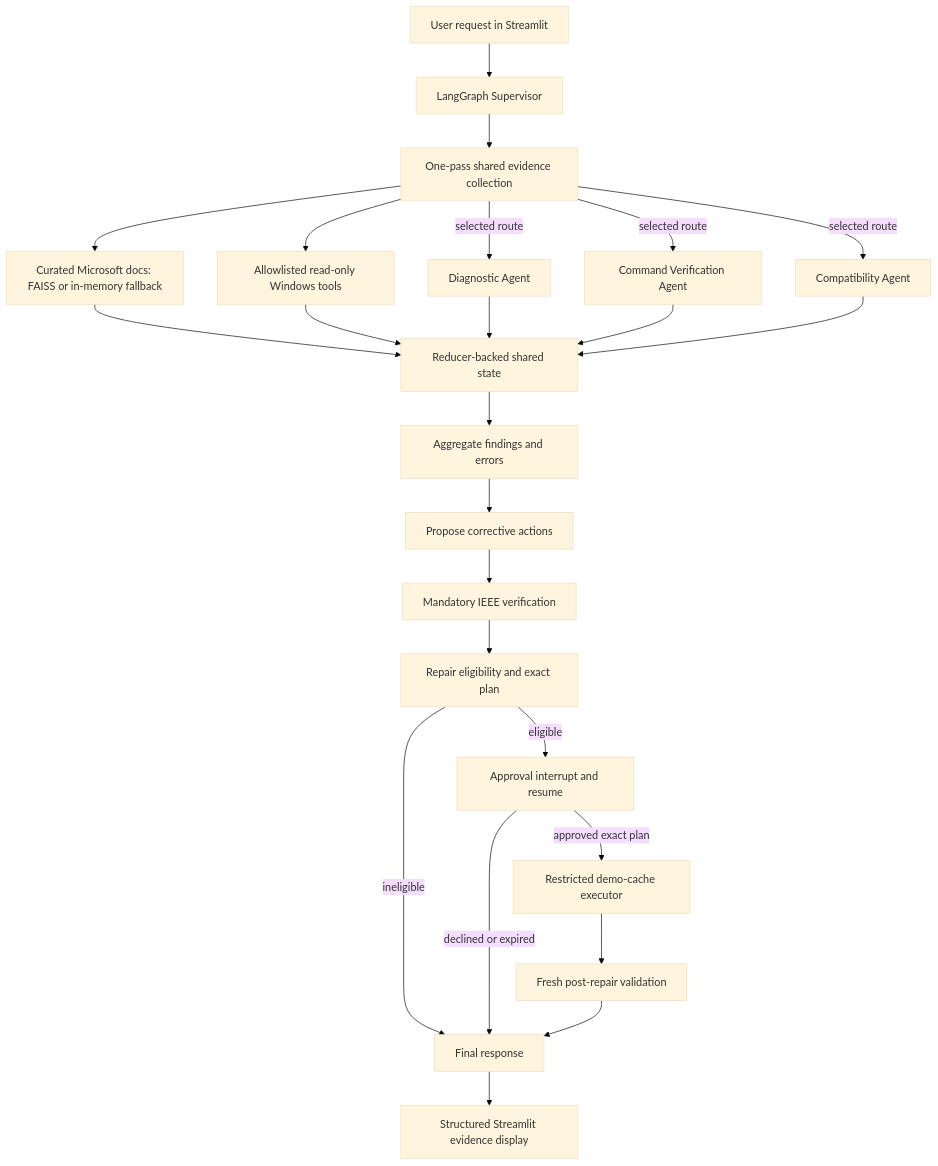
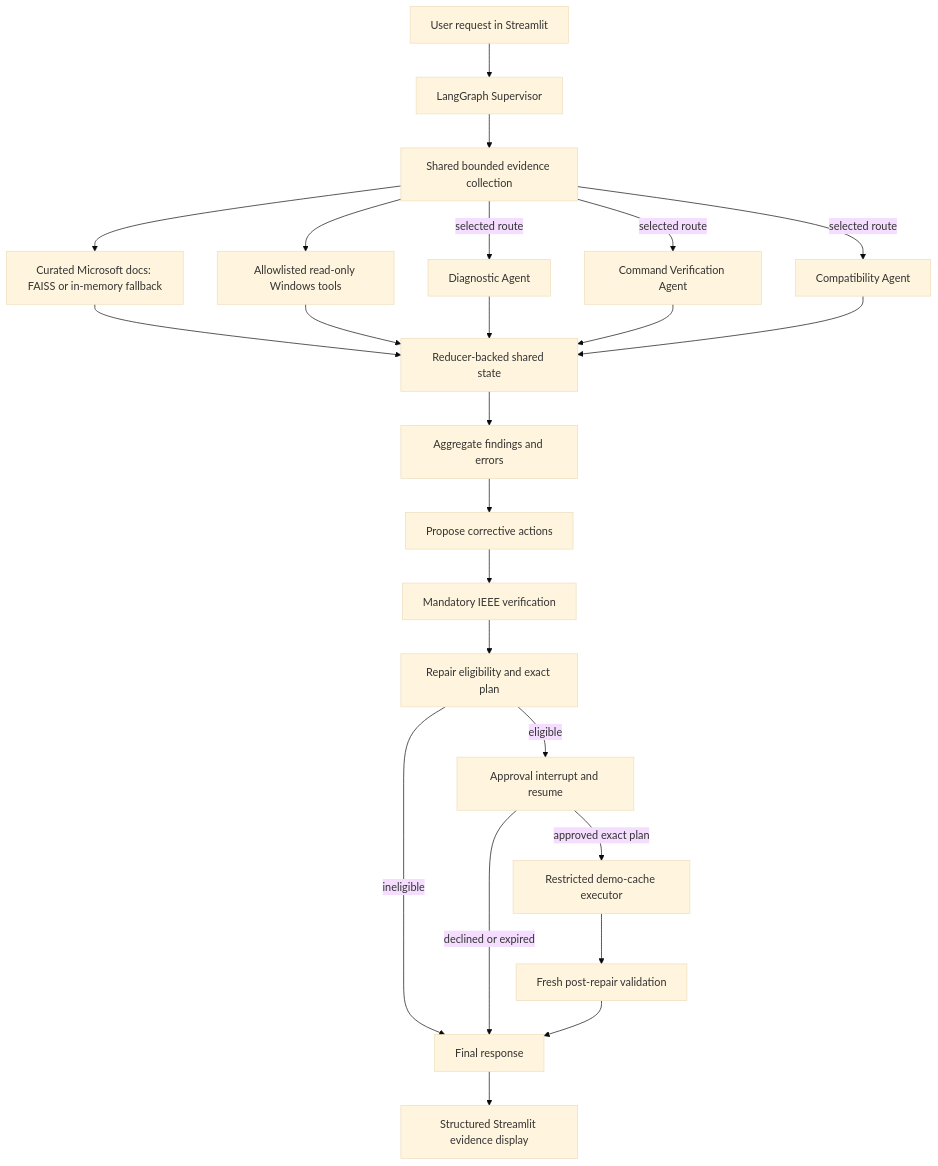
Before and after one commit to Vageesh686/osguard-ai: the diagram in docs/ARCHITECTURE.md, drawn with Mermaid (base theme). The commit also changed other lines of this file and 12 other files, not shown here.

````diff
--- a/docs/ARCHITECTURE.md
+++ b/docs/ARCHITECTURE.md
@@ -12,26 +12,26 @@
 ```mermaid
 flowchart TD
     U[User request in Streamlit] --> S[LangGraph Supervisor]
-    S --> E[One-pass shared evidence collection]
+    S --> E[Shared bounded evidence collection]
     E --> R[Curated Microsoft docs: FAISS or in-memory fallback]
     E --> T[Allowlisted read-only Windows tools]
     R --> X[Reducer-backed shared state]
     T --> X
     E -->|selected route| D[Diagnostic Agent]
     E -->|selected route| C[Command Verification Agent]
     E -->|selected route| K[Compatibility Agent]
     D --> X
     C --> X
     K --> X
     X --> A[Aggregate findings and errors]
     A --> P[Propose corrective actions]
     P --> I[Mandatory IEEE verification]
     I --> P5[Repair eligibility and exact plan]
     P5 -->|ineligible| F[Final response]
     P5 -->|eligible| AP[Approval interrupt and resume]
     AP -->|declined or expired| F
     AP -->|approved exact plan| EX[Restricted demo-cache executor]
     EX --> V[Fresh post-repair validation]
     V --> F
     F --> UI[Structured Streamlit evidence display]
 ```
````
